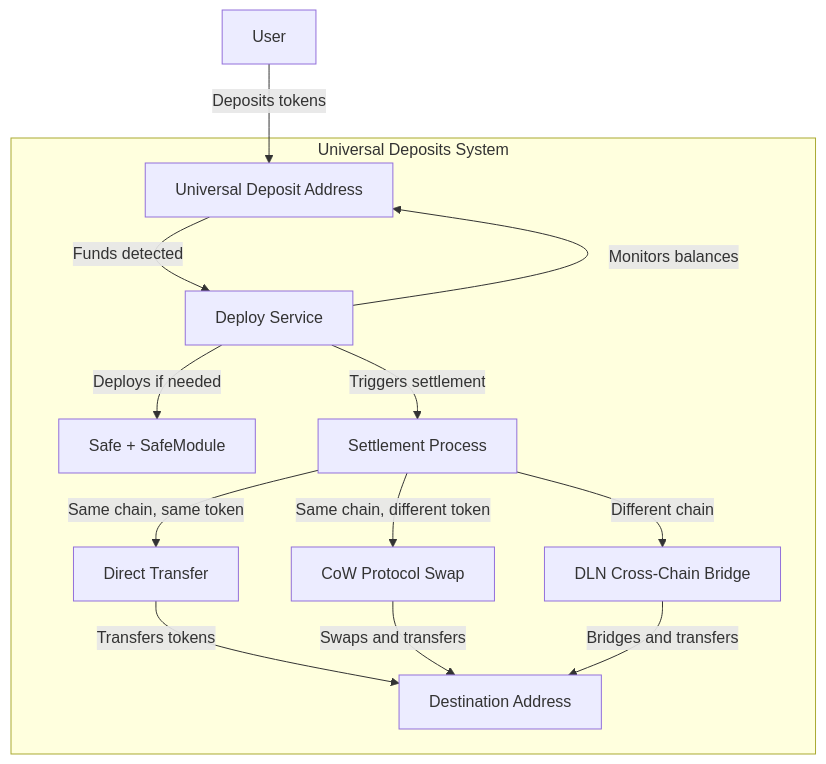
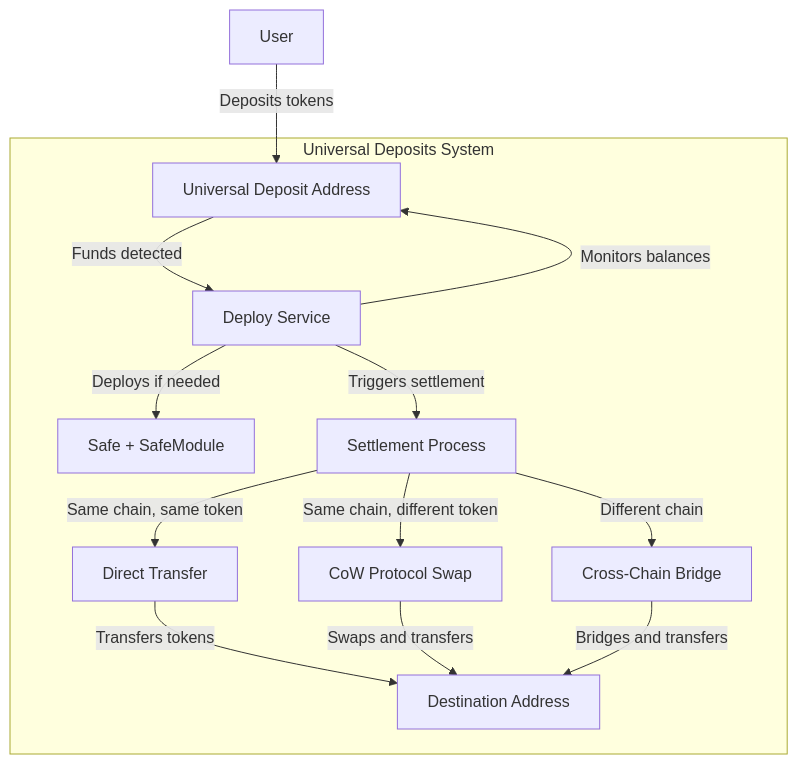
One commit to substance-labs/universal-deposits changed the first of 4 diagrams in README.md. Above: the diagram before and after it, drawn with Mermaid. The commit also changed other lines of this file, not shown here.

````diff
--- a/README.md
+++ b/README.md
@@ -57,19 +58,19 @@
 ```mermaid
 graph TD
     User[User] -->|Deposits tokens| UDAddress[Universal Deposit Address]
 
     subgraph "Universal Deposits System"
         UDAddress -->|Funds detected| DeployService[Deploy Service]
         DeployService -->|Monitors balances| UDAddress
         DeployService -->|Deploys if needed| Contracts[Safe + SafeModule]
         DeployService -->|Triggers settlement| Settlement[Settlement Process]
 
         Settlement -->|Same chain, same token| DirectTransfer[Direct Transfer]
         Settlement -->|Same chain, different token| CoWSwap[CoW Protocol Swap]
-        Settlement -->|Different chain| DLNBridge[DLN Cross-Chain Bridge]
+        Settlement -->|Different chain| Bridge[Cross-Chain Bridge]
 
         DirectTransfer -->|Transfers tokens| Destination[Destination Address]
         CoWSwap -->|Swaps and transfers| Destination
-        DLNBridge -->|Bridges and transfers| Destination
+        Bridge -->|Bridges and transfers| Destination
     end
 ```
````
